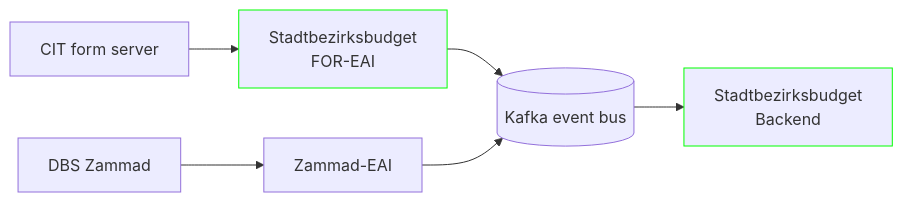
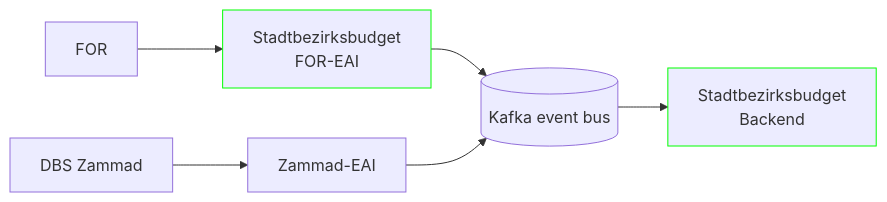
The first of 2 diagrams in docs/src/features/reliable-communication.md (it-at-m/stadtbezirksbudget), drawn with Mermaid before and after one commit. The commit also changed other lines of this file and 8 other files, not shown here.

````diff
--- a/docs/src/features/reliable-communication.md
+++ b/docs/src/features/reliable-communication.md
@@ -11,15 +11,15 @@
 ```mermaid
 flowchart LR
     classDef project stroke: #0f0
-    cit[CIT form server]
+    for[FOR]
     forEai[Stadtbezirksbudget<br>FOR-EAI]
     dbs[DBS Zammad]
     dbsEai[Zammad-EAI]
     sbb[Stadtbezirksbudget<br>Backend]
     kafka[(Kafka event bus)]
-    cit --> forEai:::project
+    for --> forEai:::project
     forEai:::project --> kafka
     dbs --> dbsEai
     dbsEai --> kafka
     kafka --> sbb:::project
 ```
````
